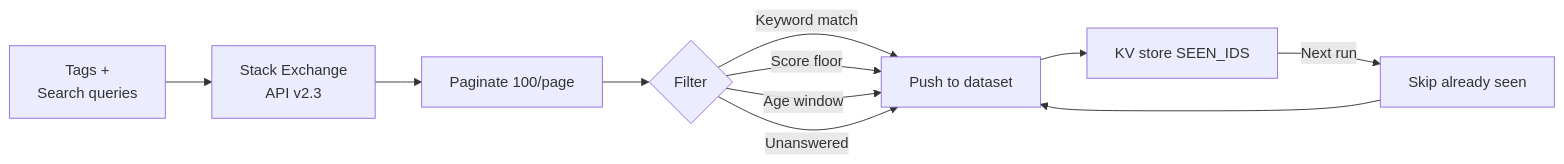
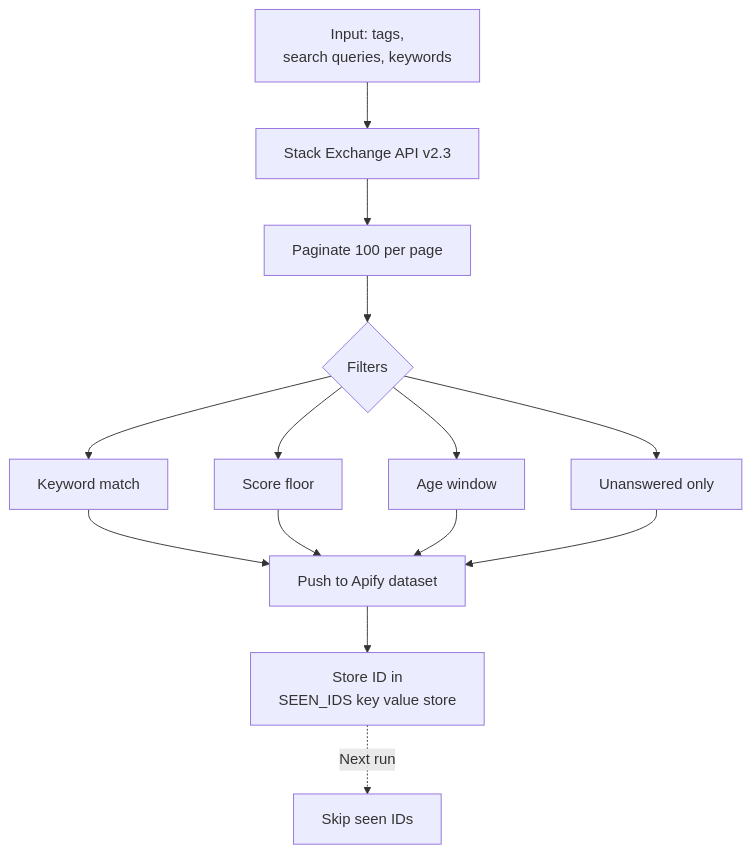
One commit to Ken-Mutisya/scrapemint changed the second of 3 diagrams in actors/stackoverflow-lead-monitor/README.md. Above: the diagram before and after it, drawn with Mermaid. The commit also changed other lines of this file, not shown here.

First line of the commit message:
Tighten Stack Overflow actor README for organic search

````diff
--- a/actors/stackoverflow-lead-monitor/README.md
+++ b/actors/stackoverflow-lead-monitor/README.md
@@ -34,13 +36,13 @@
 ```mermaid
-flowchart LR
-    A[Tags +<br/>Search queries] --> B[Stack Exchange<br/>API v2.3]
-    B --> C[Paginate 100/page]
-    C --> D{Filter}
-    D -->|Keyword match| E[Push to dataset]
-    D -->|Score floor| E
-    D -->|Age window| E
-    D -->|Unanswered| E
-    E --> F[KV store SEEN_IDS]
-    F -->|Next run| G[Skip already seen]
-    G --> E
+flowchart TD
+    A[Input: tags,<br/>search queries, keywords] --> B[Stack Exchange API v2.3]
+    B --> C[Paginate 100 per page]
+    C --> D{Filters}
+    D --> E[Keyword match]
+    D --> F[Score floor]
+    D --> G[Age window]
+    D --> H[Unanswered only]
+    E & F & G & H --> I[Push to Apify dataset]
+    I --> J[Store ID in<br/>SEEN_IDS key value store]
+    J -.->|Next run| K[Skip seen IDs]
 ```
````
